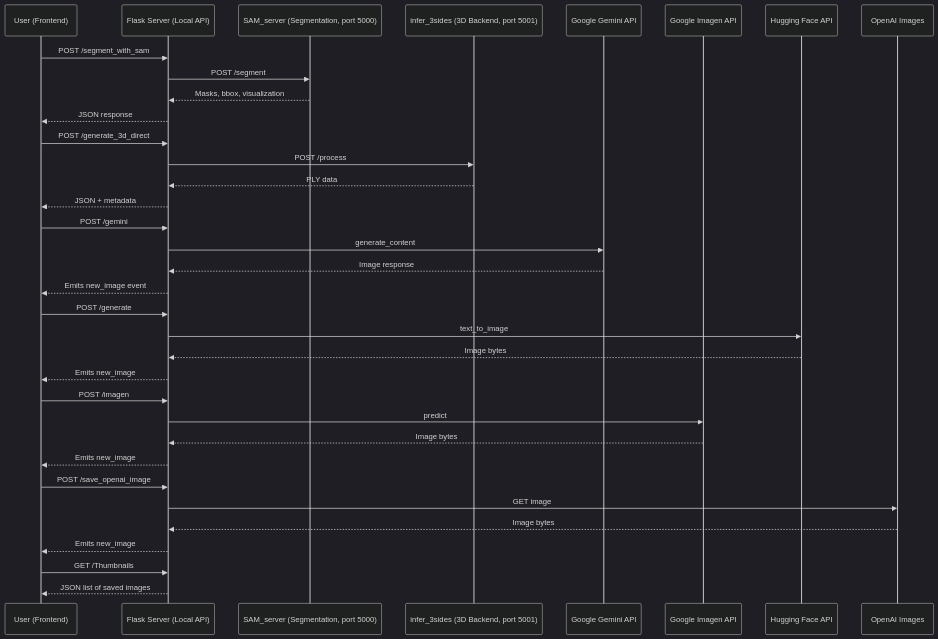
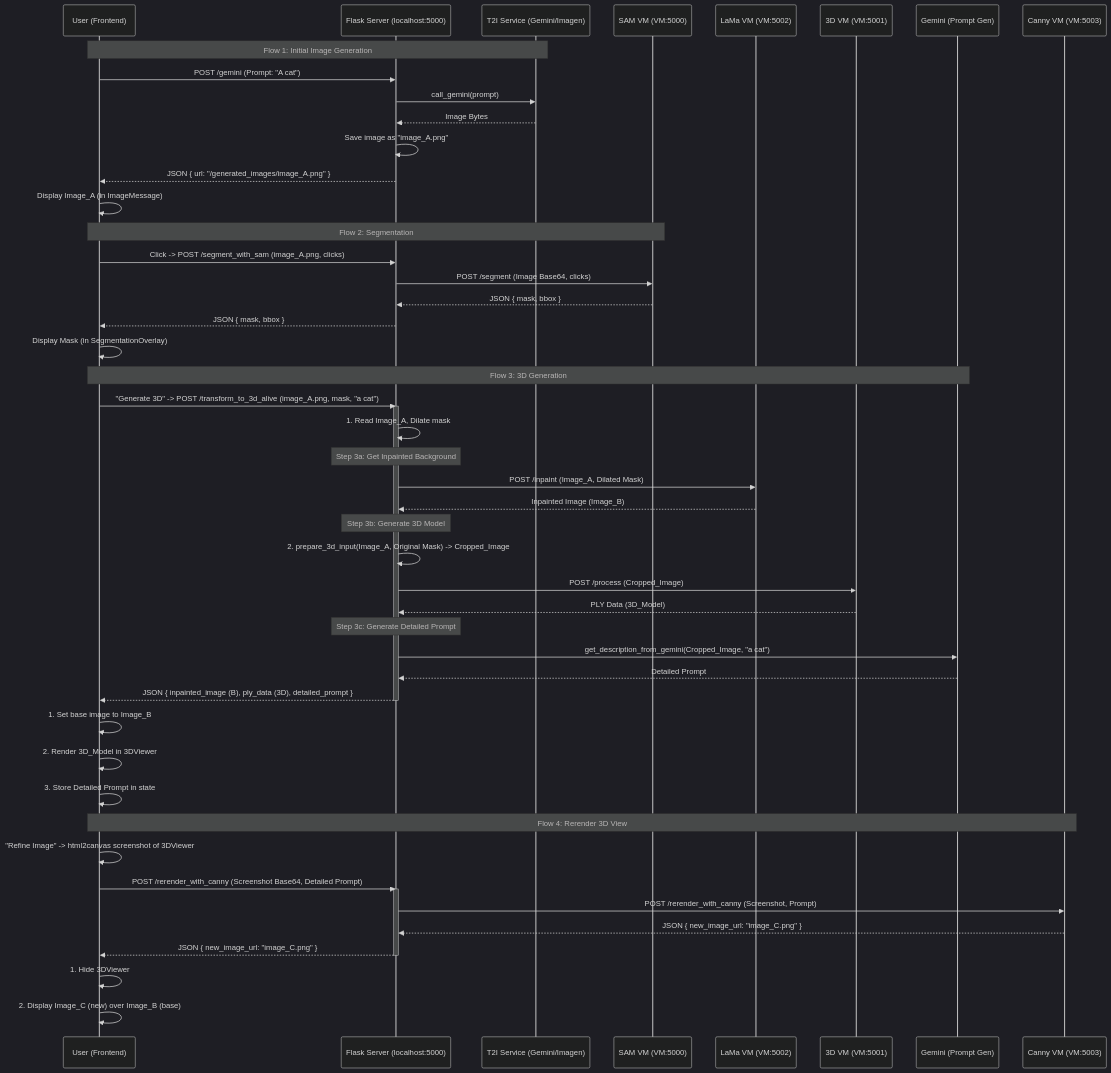
Before and after one commit to TheRickMJ03/Human_AI2D_ImageGen: the diagram in README.md, drawn with Mermaid (dark theme). The commit also changed other lines of this file and 12 other files, not shown here.

First line of the commit message:
feat(pipeline): add 3D-to-2D Canny refinement flow

````diff
--- a/README.md
+++ b/README.md
@@ -170,44 +207,65 @@
 ```mermaid
 sequenceDiagram
-  participant User as User (Frontend)
-  participant Flask as Flask Server (Local API)
-  participant SAM as SAM_server (Segmentation, port 5000)
-  participant Infer as infer_3sides (3D Backend, port 5001)
-  participant Gemini as Google Gemini API
-  participant Imagen as Google Imagen API
-  participant HF as Hugging Face API
-  participant OpenAI as OpenAI Images
+    participant User as User (Frontend)
+    participant Flask as Flask Server (localhost:5000)
+    participant T2I as T2I Service (Gemini/Imagen)
+    participant SAM_VM as SAM VM (VM:5000)
+    participant LaMa_VM as LaMa VM (VM:5002)
+    participant 3D_VM as 3D VM (VM:5001)
+    participant Gemini_Text as Gemini (Prompt Gen)
+    participant Canny_VM as Canny VM (VM:5003)
 
-  User ->> Flask: POST /segment_with_sam
-  Flask ->> SAM: POST /segment
-  SAM -->> Flask: Masks, bbox, visualization
-  Flask -->> User: JSON response
+    %% --- 1. Initial Image Generation ---
+    Note over User, T2I: Flow 1: Initial Image Generation
+    User->>Flask: POST /gemini (Prompt: "A cat")
+    Flask->>T2I: call_gemini(prompt)
+    T2I-->>Flask: Image Bytes
+    Flask->>Flask: Save image as "image_A.png"
+    Flask-->>User: JSON { url: "/generated_images/image_A.png" }
+    User->>User: Display Image_A (in ImageMessage)
 
-  User ->> Flask: POST /generate_3d_direct
-  Flask ->> Infer: POST /process
-  Infer -->> Flask: PLY data
-  Flask -->> User: JSON + metadata
+    %% --- 2. Segmentation ---
+    Note over User, SAM_VM: Flow 2: Segmentation
+    User->>Flask: Click -> POST /segment_with_sam (image_A.png, clicks)
+    Flask->>SAM_VM: POST /segment (Image Base64, clicks)
+    SAM_VM-->>Flask: JSON { mask, bbox }
+    Flask-->>User: JSON { mask, bbox }
+    User->>User: Display Mask (in SegmentationOverlay)
 
-  User ->> Flask: POST /gemini
-  Flask ->> Gemini: generate_content
-  Gemini -->> Flask: Image response
-  Flask -->> User: Emits new_image event
+    %% --- 3. 3D Generation & Inpainting ---
+    Note over User, Gemini_Text: Flow 3: 3D Generation
+    User->>Flask: "Generate 3D" -> POST /transform_to_3d_alive (image_A.png, mask, "a cat")
+    activate Flask
+    Flask->>Flask: 1. Read Image_A, Dilate mask
+    
+    Note over Flask: Step 3a: Get Inpainted Background
+    Flask->>LaMa_VM: POST /inpaint (Image_A, Dilated Mask)
+    LaMa_VM-->>Flask: Inpainted Image (Image_B)
+    
+    Note over Flask: Step 3b: Generate 3D Model
+    Flask->>Flask: 2. prepare_3d_input(Image_A, Original Mask) -> Cropped_Image
+    Flask->>3D_VM: POST /process (Cropped_Image)
+    3D_VM-->>Flask: PLY Data (3D_Model)
+    
+    Note over Flask: Step 3c: Generate Detailed Prompt
+    Flask->>Gemini_Text: get_description_from_gemini(Cropped_Image, "a cat")
+    Gemini_Text-->>Flask: Detailed Prompt
+    
+    Flask-->>User: JSON { inpainted_image (B), ply_data (3D), detailed_prompt }
+    deactivate Flask
+    User->>User: 1. Set base image to Image_B
+    User->>User: 2. Render 3D_Model in 3DViewer
+    User->>User: 3. Store Detailed Prompt in state
 
-  User ->> Flask: POST /generate
-  Flask ->> HF: text_to_image
-  HF -->> Flask: Image bytes
-  Flask -->> User: Emits new_image
-
-  User ->> Flask: POST /imagen
-  Flask ->> Imagen: predict
-  Imagen -->> Flask: Image bytes
-  Flask -->> User: Emits new_image
-
-  User ->> Flask: POST /save_openai_image
-  Flask ->> OpenAI: GET image
-  OpenAI -->> Flask: Image bytes
-  Flask -->> User: Emits new_image
-
-  User ->> Flask: GET /Thumbnails
-  Flask -->> User: JSON list of saved images
+    %% --- 4. Rerendering ---
+    Note over User, Canny_VM: Flow 4: Rerender 3D View
+    User->>User: "Refine Image" -> html2canvas screenshot of 3DViewer
+    User->>Flask: POST /rerender_with_canny (Screenshot Base64, Detailed Prompt)
+    activate Flask
+    Flask->>Canny_VM: POST /rerender_with_canny (Screenshot, Prompt)
+    Canny_VM-->>Flask: JSON { new_image_url: "image_C.png" }
+    Flask-->>User: JSON { new_image_url: "image_C.png" }
+    deactivate Flask
+    User->>User: 1. Hide 3DViewer
+    User->>User: 2. Display Image_C (new) over Image_B (base)
 ```
````
